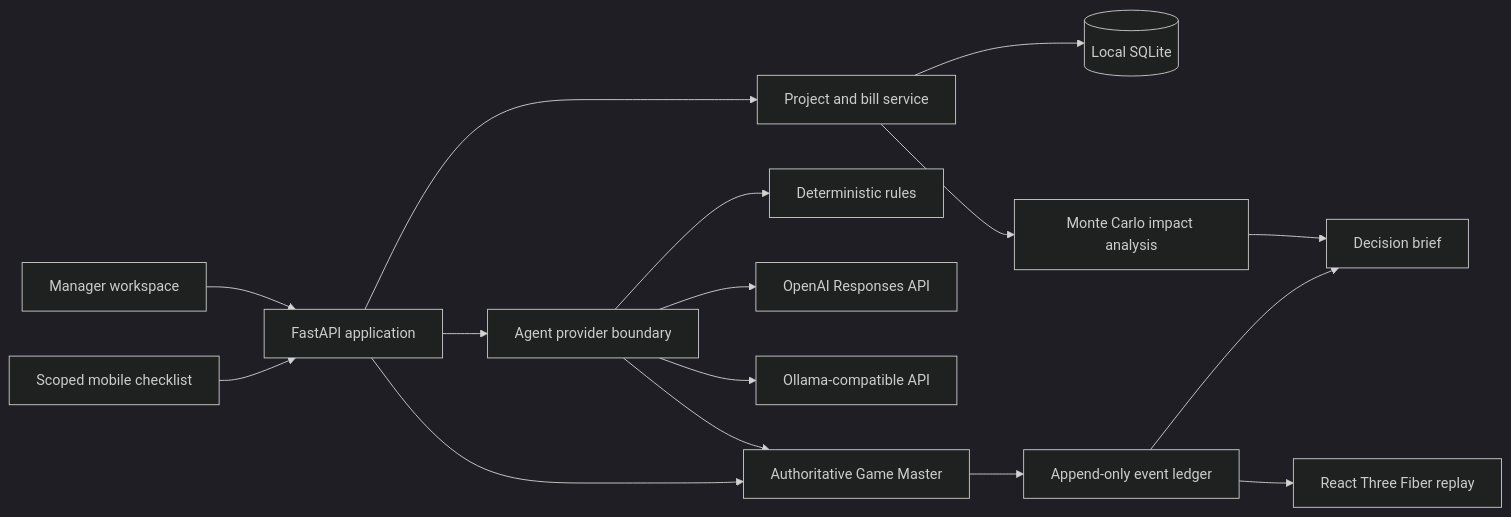
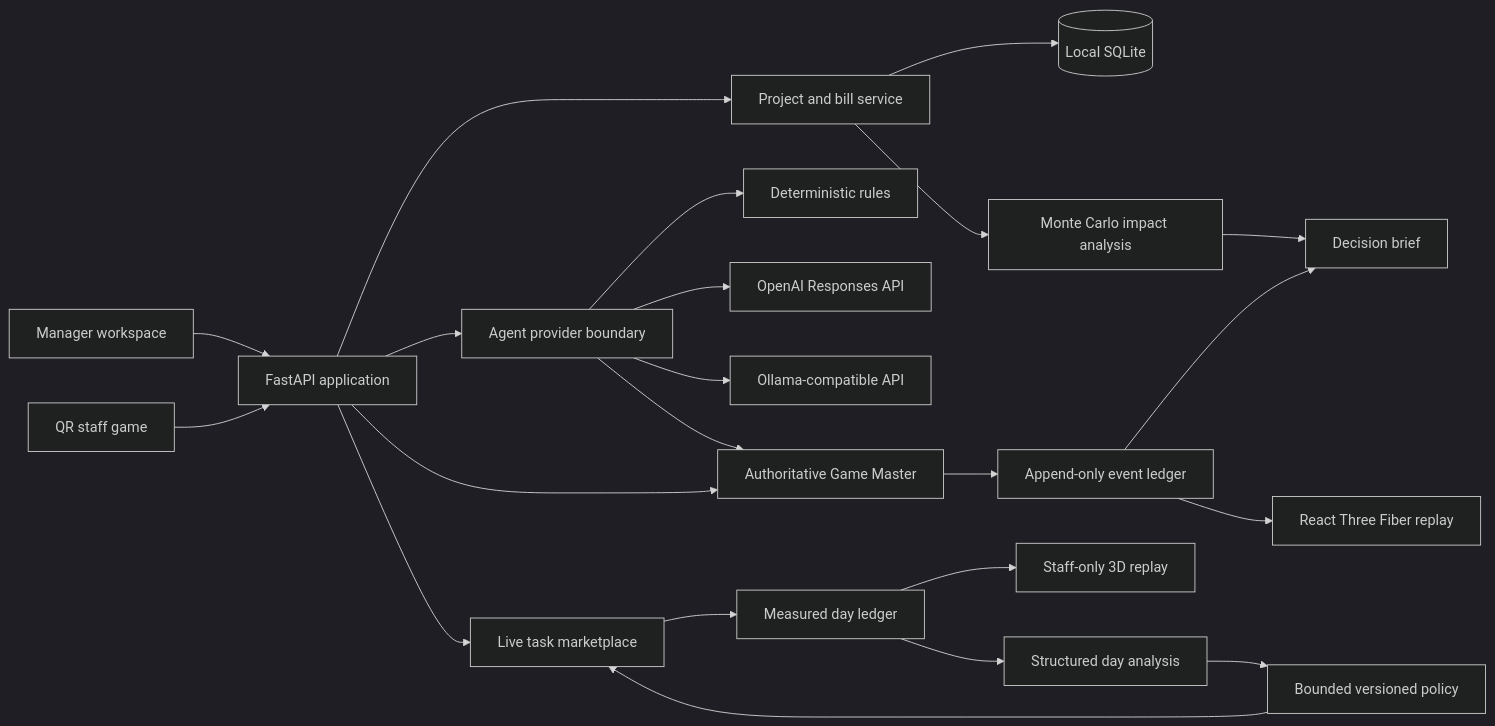
One commit to seansukamto/Situational-Awareness changed the diagram in docs/ARCHITECTURE.md. Above: the diagram before and after it, drawn with Mermaid (dark theme). The commit also changed other lines of this file and 4 other files, not shown here.

Commit message:
fix: include joined staff in game rankings

````diff
--- a/docs/ARCHITECTURE.md
+++ b/docs/ARCHITECTURE.md
@@ -5,18 +5,24 @@
 ```mermaid
 flowchart LR
     Manager["Manager workspace"] --> API["FastAPI application"]
-    Staff["Scoped mobile checklist"] --> API
+    Staff["QR staff game"] --> API
     API --> Projects["Project and bill service"]
     API --> Providers["Agent provider boundary"]
     Providers --> Deterministic["Deterministic rules"]
     Providers --> OpenAI["OpenAI Responses API"]
     Providers --> Ollama["Ollama-compatible API"]
     Providers --> GM
     API --> GM["Authoritative Game Master"]
+    API --> LiveGame["Live task marketplace"]
     Projects --> DB[("Local SQLite")]
     Projects --> Impact["Monte Carlo impact analysis"]
     GM --> Ledger["Append-only event ledger"]
+    LiveGame --> DayLedger["Measured day ledger"]
+    DayLedger --> StaffReplay["Staff-only 3D replay"]
+    DayLedger --> Learning["Structured day analysis"]
+    Learning --> Policy["Bounded versioned policy"]
+    Policy --> LiveGame
     Ledger --> Replay["React Three Fiber replay"]
     Impact --> Report["Decision brief"]
     Ledger --> Report
 ```
````
